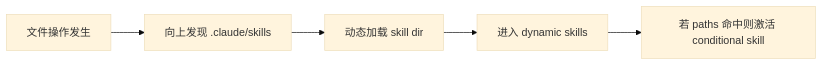
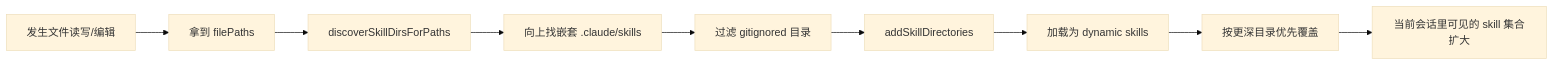
The third of 3 diagrams in 03-Research/Claude Code/cc源码共读笔记/2026-04-03-cc源码共读笔记-24-loadSkillsDir是skill定义层的总入口.md (T0UGH/knowledge-vault), drawn with Mermaid (base theme) before and after one commit. The commit also changed other lines of this file, not shown here.

Commit message:
update cc note 24 with skill-first framing

````diff
--- a/03-Research/Claude Code/cc源码共读笔记/2026-04-03-cc源码共读笔记-24-loadSkillsDir是skill定义层的总入口.md
+++ b/03-Research/Claude Code/cc源码共读笔记/2026-04-03-cc源码共读笔记-24-loadSkillsDir是skill定义层的总入口.md
@@ -337,7 +519,11 @@
 ```mermaid
 flowchart LR
-    A[文件操作发生] --> B[向上发现 .claude/skills]
-    B --> C[动态加载 skill dir]
-    C --> D[进入 dynamic skills]
-    D --> E[若 paths 命中则激活 conditional skill]
+    A[发生文件读写/编辑] --> B[拿到 filePaths]
+    B --> C[discoverSkillDirsForPaths]
+    C --> D[向上找嵌套 .claude/skills]
+    D --> E[过滤 gitignored 目录]
+    E --> F[addSkillDirectories]
+    F --> G[加载为 dynamic skills]
+    G --> H[按更深目录优先覆盖]
+    H --> I[当前会话里可见的 skill 集合扩大]
 ```
````
